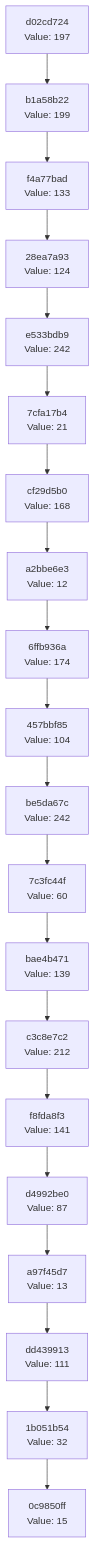
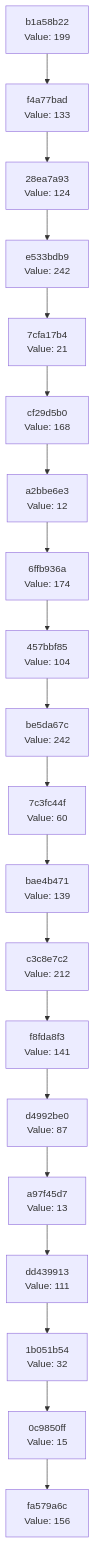
Before and after one commit to Abhisheksinha1506/hash-chain-evolver: the diagram in docs/CHAIN_VISUALIZATION.md, drawn with Mermaid. The commit also changed 3 other files, not shown here.

````diff
--- a/docs/CHAIN_VISUALIZATION.md
+++ b/docs/CHAIN_VISUALIZATION.md
@@ -3,42 +3,42 @@
 ```mermaid
 graph TD
-    C0["0c9850ff<br/>Value: 15"]
-    C1["1b051b54<br/>Value: 32"]
+    C0["fa579a6c<br/>Value: 156"]
+    C1["0c9850ff<br/>Value: 15"]
     C1 --> C0
-    C2["dd439913<br/>Value: 111"]
+    C2["1b051b54<br/>Value: 32"]
     C2 --> C1
-    C3["a97f45d7<br/>Value: 13"]
+    C3["dd439913<br/>Value: 111"]
     C3 --> C2
-    C4["d4992be0<br/>Value: 87"]
+    C4["a97f45d7<br/>Value: 13"]
     C4 --> C3
-    C5["f8fda8f3<br/>Value: 141"]
+    C5["d4992be0<br/>Value: 87"]
     C5 --> C4
-    C6["c3c8e7c2<br/>Value: 212"]
+    C6["f8fda8f3<br/>Value: 141"]
     C6 --> C5
-    C7["bae4b471<br/>Value: 139"]
+    C7["c3c8e7c2<br/>Value: 212"]
     C7 --> C6
-    C8["7c3fc44f<br/>Value: 60"]
+    C8["bae4b471<br/>Value: 139"]
     C8 --> C7
-    C9["be5da67c<br/>Value: 242"]
+    C9["7c3fc44f<br/>Value: 60"]
     C9 --> C8
-    C10["457bbf85<br/>Value: 104"]
+    C10["be5da67c<br/>Value: 242"]
     C10 --> C9
-    C11["6ffb936a<br/>Value: 174"]
+    C11["457bbf85<br/>Value: 104"]
     C11 --> C10
-    C12["a2bbe6e3<br/>Value: 12"]
+    C12["6ffb936a<br/>Value: 174"]
     C12 --> C11
-    C13["cf29d5b0<br/>Value: 168"]
+    C13["a2bbe6e3<br/>Value: 12"]
     C13 --> C12
-    C14["7cfa17b4<br/>Value: 21"]
+    C14["cf29d5b0<br/>Value: 168"]
     C14 --> C13
-    C15["e533bdb9<br/>Value: 242"]
+    C15["7cfa17b4<br/>Value: 21"]
     C15 --> C14
-    C16["28ea7a93<br/>Value: 124"]
+    C16["e533bdb9<br/>Value: 242"]
     C16 --> C15
-    C17["f4a77bad<br/>Value: 133"]
+    C17["28ea7a93<br/>Value: 124"]
     C17 --> C16
-    C18["b1a58b22<br/>Value: 199"]
+    C18["f4a77bad<br/>Value: 133"]
     C18 --> C17
-    C19["d02cd724<br/>Value: 197"]
+    C19["b1a58b22<br/>Value: 199"]
     C19 --> C18
 ```
````
